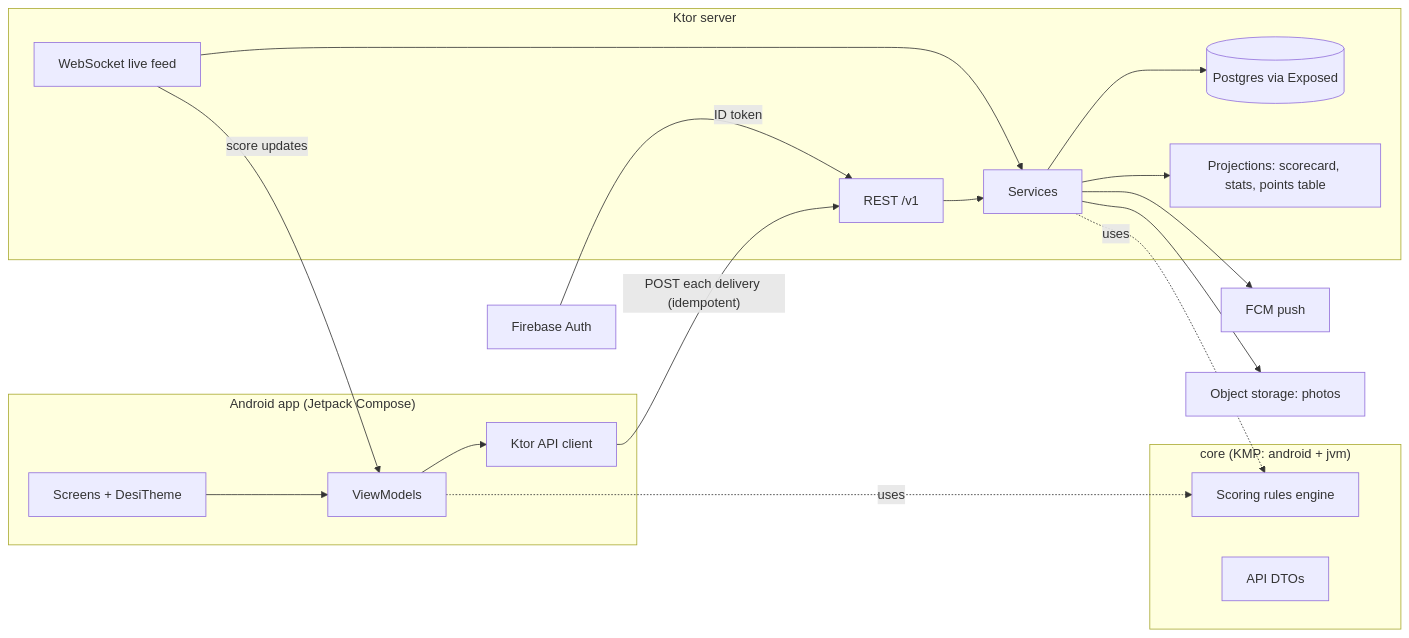
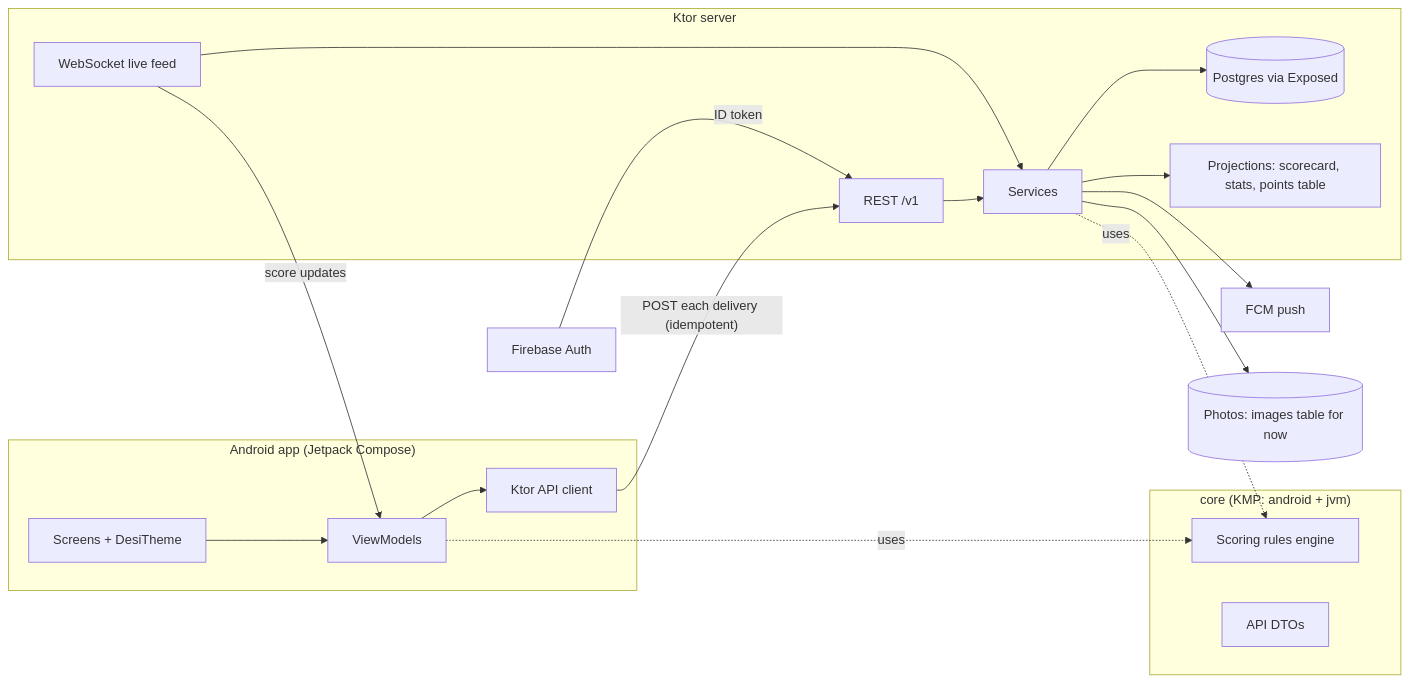
Before and after one commit to 1-harshr/DesiCrics: the diagram in docs/architecture.md, drawn with Mermaid. The commit also changed other lines of this file and 28 other files, not shown here.

````diff
--- a/docs/architecture.md
+++ b/docs/architecture.md
@@ -7,24 +7,24 @@
 ```mermaid
 flowchart LR
   subgraph Android["Android app (Jetpack Compose)"]
     UI[Screens + DesiTheme] --> VM[ViewModels]
     VM --> Q[Ktor API client]
   end
   subgraph Core["core (KMP: android + jvm)"]
     R[Scoring rules engine]
     D[API DTOs]
   end
   subgraph Server["Ktor server"]
     API[REST /v1] --> SVC[Services]
     WS[WebSocket live feed] --> SVC
     SVC --> DB[(Postgres via Exposed)]
     SVC --> PROJ[Projections: scorecard, stats, points table]
   end
   Q -- "POST each delivery (idempotent)" --> API
   WS -- "score updates" --> VM
   VM -.uses.-> R
   SVC -.uses.-> R
   FA[Firebase Auth] -- ID token --> API
   SVC --> FCM[FCM push]
-  SVC --> OBJ[Object storage: photos]
+  SVC --> IMG[(Photos: images table for now)]
 ```
````
